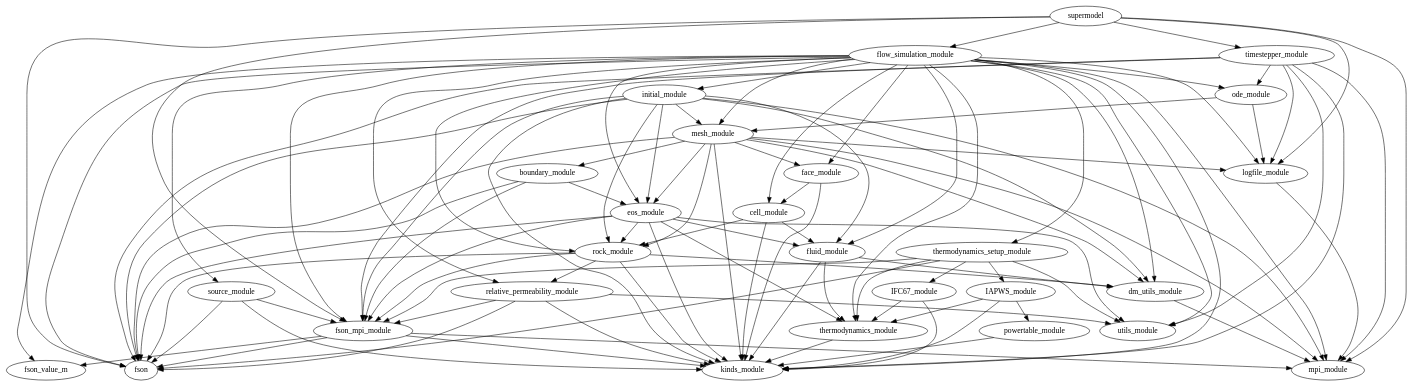
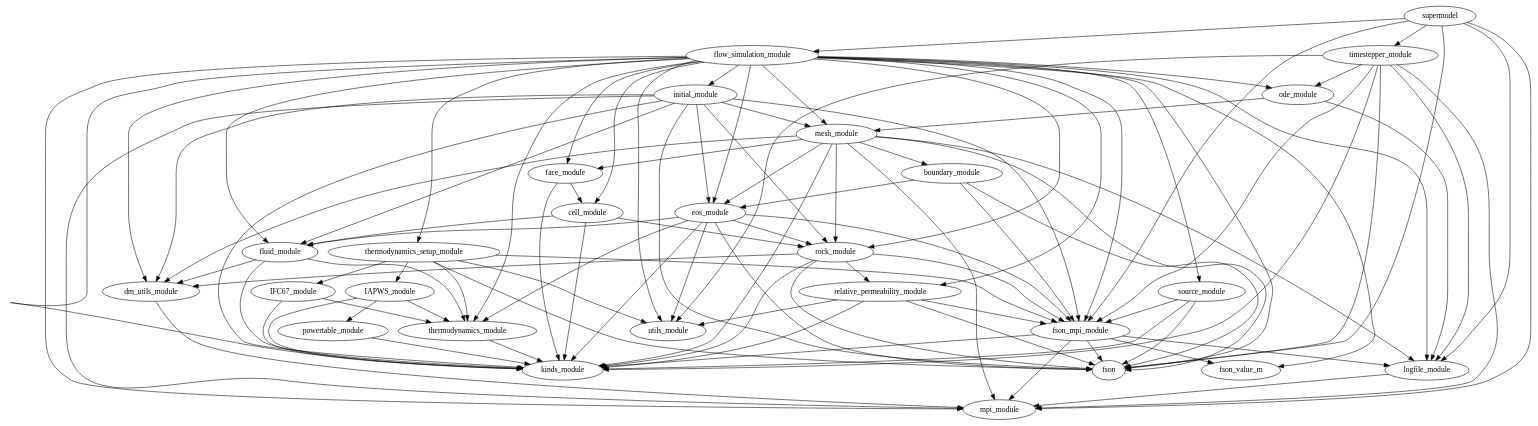
One commit to waiwera/waiwera changed the diagram in doc/depends.dot. Above: the diagram before and after it, drawn with Graphviz. The commit also changed 2 other files, not shown here.

Commit message:
Added logfile messages if defaults are used for output and logfile filename (and warnings if 'no output' options are specified)

```diff
--- a/doc/depends.dot
+++ b/doc/depends.dot
@@ -1,104 +1,105 @@
 digraph supermodel{
         fluid_module -> dm_utils_module
         fluid_module -> kinds_module
         fluid_module -> thermodynamics_module
         eos_module -> fluid_module
         eos_module -> fson
         eos_module -> fson_mpi_module
         eos_module -> kinds_module
         eos_module -> rock_module
         eos_module -> thermodynamics_module
         eos_module -> utils_module
         rock_module -> dm_utils_module
         rock_module -> fson
         rock_module -> fson_mpi_module
         rock_module -> kinds_module
         rock_module -> relative_permeability_module
         powertable_module -> kinds_module
         ode_module -> logfile_module
         ode_module -> mesh_module
         dm_utils_module -> mpi_module
         cell_module -> fluid_module
         cell_module -> kinds_module
         cell_module -> rock_module
         boundary_module -> eos_module
         boundary_module -> fson
         boundary_module -> fson_mpi_module
         flow_simulation_module -> cell_module
         flow_simulation_module -> dm_utils_module
         flow_simulation_module -> eos_module
         flow_simulation_module -> face_module
         flow_simulation_module -> fluid_module
         flow_simulation_module -> fson
         flow_simulation_module -> fson_mpi_module
         flow_simulation_module -> fson_value_m
         flow_simulation_module -> initial_module
         flow_simulation_module -> kinds_module
         flow_simulation_module -> logfile_module
         flow_simulation_module -> mesh_module
         flow_simulation_module -> mpi_module
         flow_simulation_module -> ode_module
         flow_simulation_module -> relative_permeability_module
         flow_simulation_module -> rock_module
         flow_simulation_module -> source_module
         flow_simulation_module -> thermodynamics_module
         flow_simulation_module -> thermodynamics_setup_module
         flow_simulation_module -> utils_module
         thermodynamics_module -> kinds_module
         face_module -> cell_module
         face_module -> kinds_module
         initial_module -> dm_utils_module
         initial_module -> eos_module
         initial_module -> fluid_module
         initial_module -> fson
         initial_module -> fson_mpi_module
         initial_module -> kinds_module
         initial_module -> mesh_module
         initial_module -> mpi_module
         initial_module -> rock_module
         mesh_module -> boundary_module
         mesh_module -> dm_utils_module
         mesh_module -> eos_module
         mesh_module -> face_module
         mesh_module -> fson
         mesh_module -> kinds_module
         mesh_module -> logfile_module
         mesh_module -> mpi_module
         mesh_module -> rock_module
         fson_mpi_module -> fson
         fson_mpi_module -> fson_value_m
         fson_mpi_module -> kinds_module
+        fson_mpi_module -> logfile_module
         fson_mpi_module -> mpi_module
         IFC67_module -> kinds_module
         IFC67_module -> thermodynamics_module
         supermodel -> flow_simulation_module
         supermodel -> fson
         supermodel -> fson_mpi_module
         supermodel -> logfile_module
         supermodel -> mpi_module
         supermodel -> timestepper_module
         source_module -> fson
         source_module -> fson_mpi_module
         source_module -> kinds_module
         IAPWS_module -> kinds_module
         IAPWS_module -> powertable_module
         IAPWS_module -> thermodynamics_module
         thermodynamics_setup_module -> IAPWS_module
         thermodynamics_setup_module -> IFC67_module
         thermodynamics_setup_module -> fson
         thermodynamics_setup_module -> fson_mpi_module
         thermodynamics_setup_module -> thermodynamics_module
         thermodynamics_setup_module -> utils_module
         timestepper_module -> fson
         timestepper_module -> fson_mpi_module
         timestepper_module -> kinds_module
         timestepper_module -> logfile_module
         timestepper_module -> mpi_module
         timestepper_module -> ode_module
         timestepper_module -> utils_module
         logfile_module -> mpi_module
         relative_permeability_module -> fson
         relative_permeability_module -> fson_mpi_module
         relative_permeability_module -> kinds_module
         relative_permeability_module -> utils_module
 }
```
